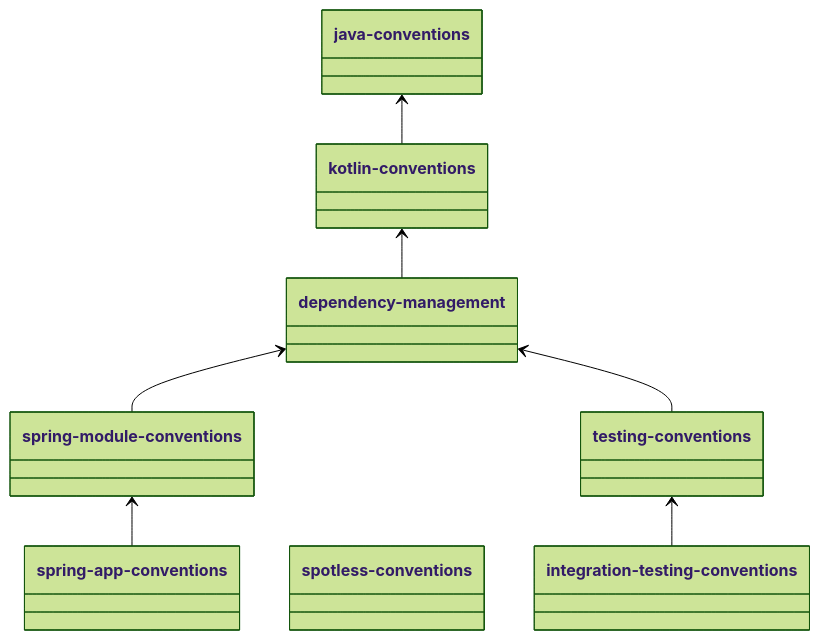
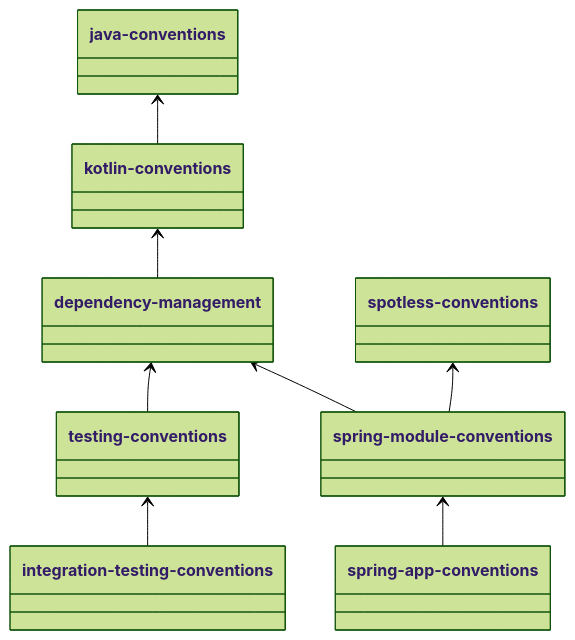
The diagram in buildSrc/README.md (BSStudio/bss-web-admin-backend), drawn with Mermaid (forest theme) before and after one commit. The commit also changed other lines of this file and 3 other files, not shown here.

````diff
--- a/buildSrc/README.md
+++ b/buildSrc/README.md
@@ -6,21 +6,22 @@
 ```mermaid
 classDiagram
 
 direction BT
 
 class java-conventions
 class kotlin-conventions
 class dependency-management
 class integration-testing-conventions
 class spotless-conventions
 class spring-app-conventions
 class spring-module-conventions
 class testing-conventions
 
 kotlin-conventions --> java-conventions
 integration-testing-conventions --> testing-conventions
 spring-app-conventions --> spring-module-conventions
 spring-module-conventions --> dependency-management
 dependency-management --> kotlin-conventions
 testing-conventions --> dependency-management
+spring-module-conventions --> spotless-conventions
 ```
````
